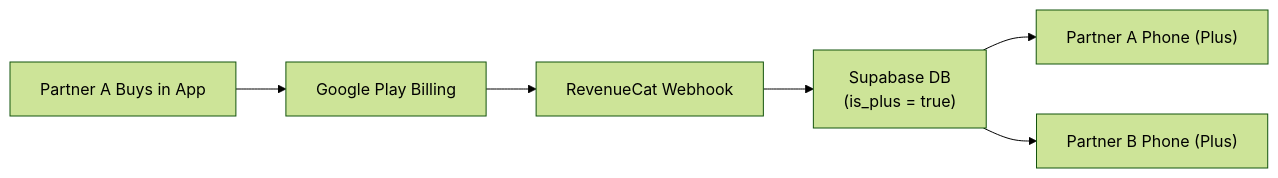
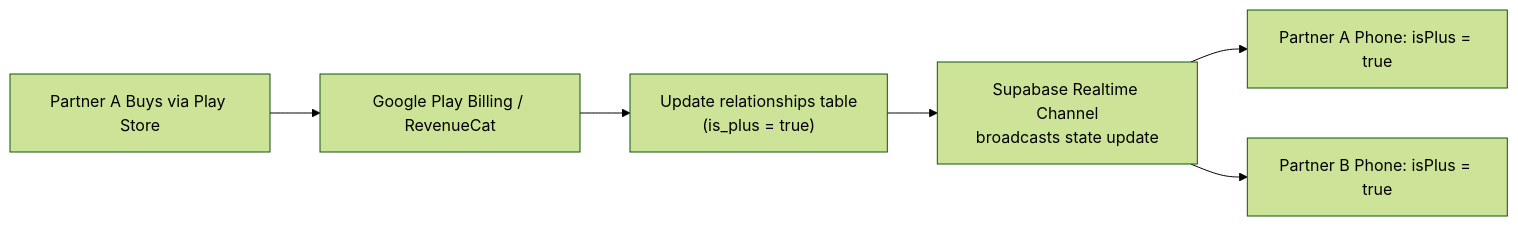
The fourth of 4 diagrams in Monetize.md (aditya21030/NextMeet), drawn with Mermaid (forest theme) before and after one commit. The commit also changed other lines of this file, not shown here.

````diff
--- a/Monetize.md
+++ b/Monetize.md
@@ -28,8 +147,8 @@
 ```mermaid
 graph LR
-    User["Partner A Buys in App"] --> PlayStore["Google Play Billing"]
-    PlayStore --> RC["RevenueCat Webhook"]
-    RC --> Supa["Supabase DB<br>(is_plus = true)"]
-    Supa --> PartnerA["Partner A Phone (Plus)"]
-    Supa --> PartnerB["Partner B Phone (Plus)"]
+    User["Partner A Buys via Play Store"] --> GP["Google Play Billing / RevenueCat"]
+    GP --> Supa["Update relationships table<br>(is_plus = true)"]
+    Supa --> Realtime["Supabase Realtime Channel<br>broadcasts state update"]
+    Realtime --> PhoneA["Partner A Phone: isPlus = true"]
+    Realtime --> PhoneB["Partner B Phone: isPlus = true"]
 ```
````
